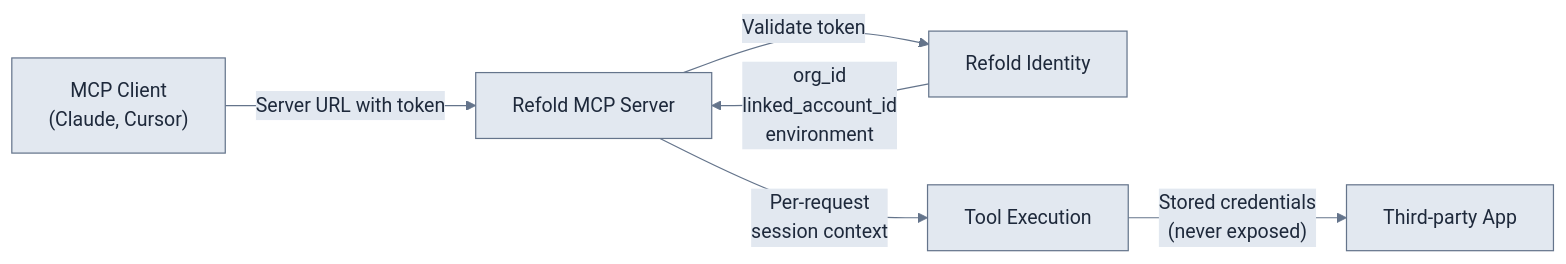
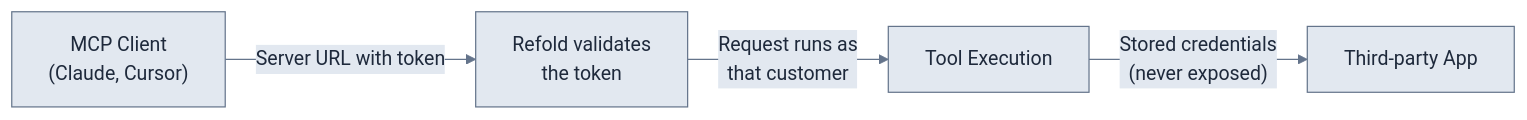
The diagram in v3/mcp/connect/authentication.mdx (gocobalt/mintlify-docs), drawn with Mermaid before and after one commit. The commit also changed other lines of this file and 12 other files, not shown here.

````diff
--- a/v3/mcp/connect/authentication.mdx
+++ b/v3/mcp/connect/authentication.mdx
@@ -18,9 +18,7 @@
 ```mermaid
 %%{init: {'theme':'base','themeVariables':{'primaryColor':'#E2E8F0','primaryTextColor':'#1E293B','primaryBorderColor':'#64748B','lineColor':'#64748B','secondaryColor':'#E2E8F0','tertiaryColor':'#F1F5F9','tertiaryTextColor':'#1E293B'}}}%%
 flowchart LR
-    A["MCP Client<br/>(Claude, Cursor)"] -->|"Server URL with token"| B["Refold MCP Server"]
-    B -->|"Validate token"| C["Refold Identity"]
-    C -->|"org_id<br/>linked_account_id<br/>environment"| B
-    B -->|"Per-request<br/>session context"| D["Tool Execution"]
-    D -->|"Stored credentials<br/>(never exposed)"| E["Third-party App"]
+    A["MCP Client<br/>(Claude, Cursor)"] -->|"Server URL with token"| B["Refold validates<br/>the token"]
+    B -->|"Request runs as<br/>that customer"| C["Tool Execution"]
+    C -->|"Stored credentials<br/>(never exposed)"| D["Third-party App"]
 ```
````
